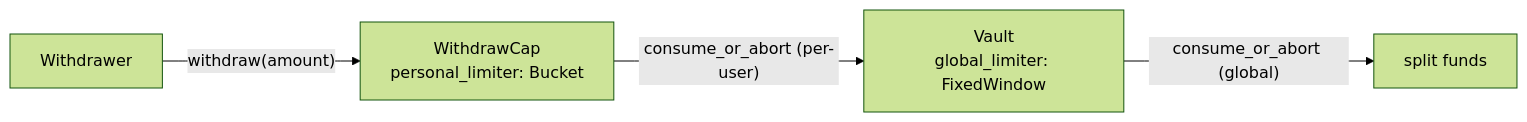
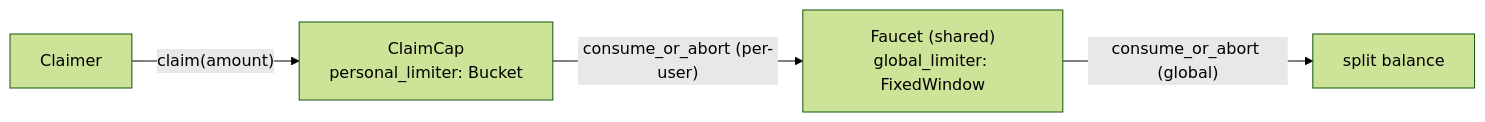
Before and after one commit to OpenZeppelin/docs: the second of 2 diagrams in content/contracts-sui/1.x/guides/rate-limiter.mdx, drawn with Mermaid (forest theme). The commit also changed other lines of this file and 2 other files, not shown here.

````diff
--- a/content/contracts-sui/1.x/guides/rate-limiter.mdx
+++ b/content/contracts-sui/1.x/guides/rate-limiter.mdx
@@ -177,6 +36,6 @@
 ```mermaid
 flowchart LR
-    Caller["Withdrawer"] -->|"withdraw(amount)"| Cap["WithdrawCap<br/>personal_limiter: Bucket"]
-    Cap -->|"consume_or_abort (per-user)"| Vault["Vault<br/>global_limiter: FixedWindow"]
-    Vault -->|"consume_or_abort (global)"| Funds["split funds"]
+    Caller["Claimer"] -->|"claim(amount)"| Cap["ClaimCap<br/>personal_limiter: Bucket"]
+    Cap -->|"consume_or_abort (per-user)"| Faucet["Faucet (shared)<br/>global_limiter: FixedWindow"]
+    Faucet -->|"consume_or_abort (global)"| Funds["split balance"]
 ```
````
